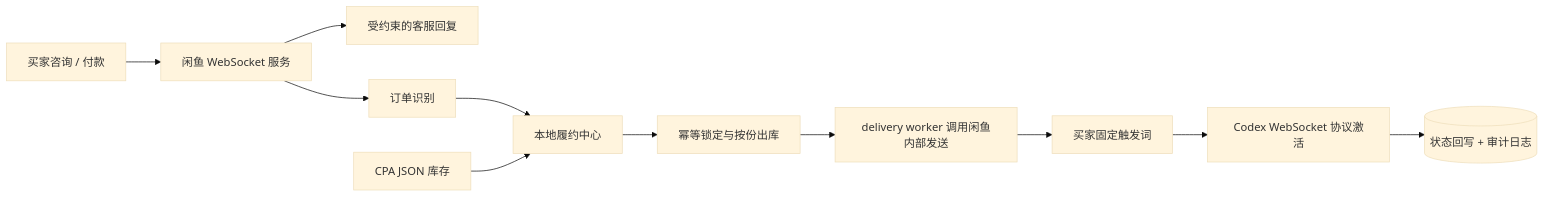
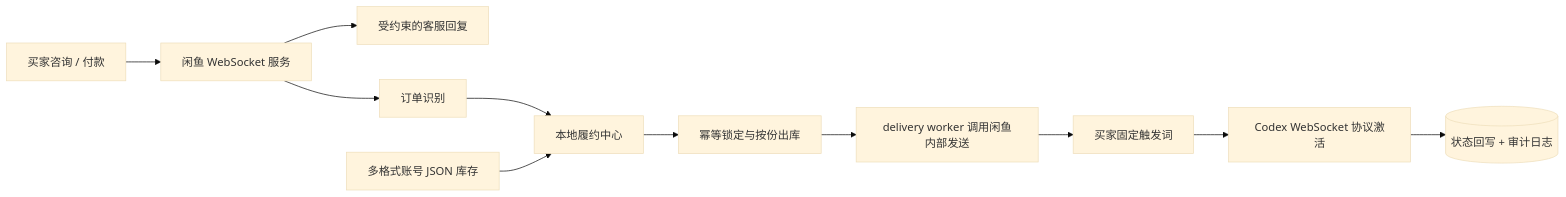
One commit to ZorIgn/xianyu-codex-commerce-suite changed the diagram in README.md. Above: the diagram before and after it, drawn with Mermaid (base theme). The commit also changed other lines of this file and 8 other files, not shown here.

````diff
--- a/README.md
+++ b/README.md
@@ -57,13 +58,13 @@
 ```mermaid
 flowchart LR
     B[买家咨询 / 付款] --> X[闲鱼 WebSocket 服务]
     X --> C[受约束的客服回复]
     X --> O[订单识别]
     O --> F[本地履约中心]
-    J[CPA JSON 库存] --> F
+    J[多格式账号 JSON 库存] --> F
     F --> L[幂等锁定与按份出库]
     L --> D[delivery worker 调用闲鱼内部发送]
     D --> T[买家固定触发词]
     T --> A[Codex WebSocket 协议激活]
     A --> S[(状态回写 + 审计日志)]
 ```
````
